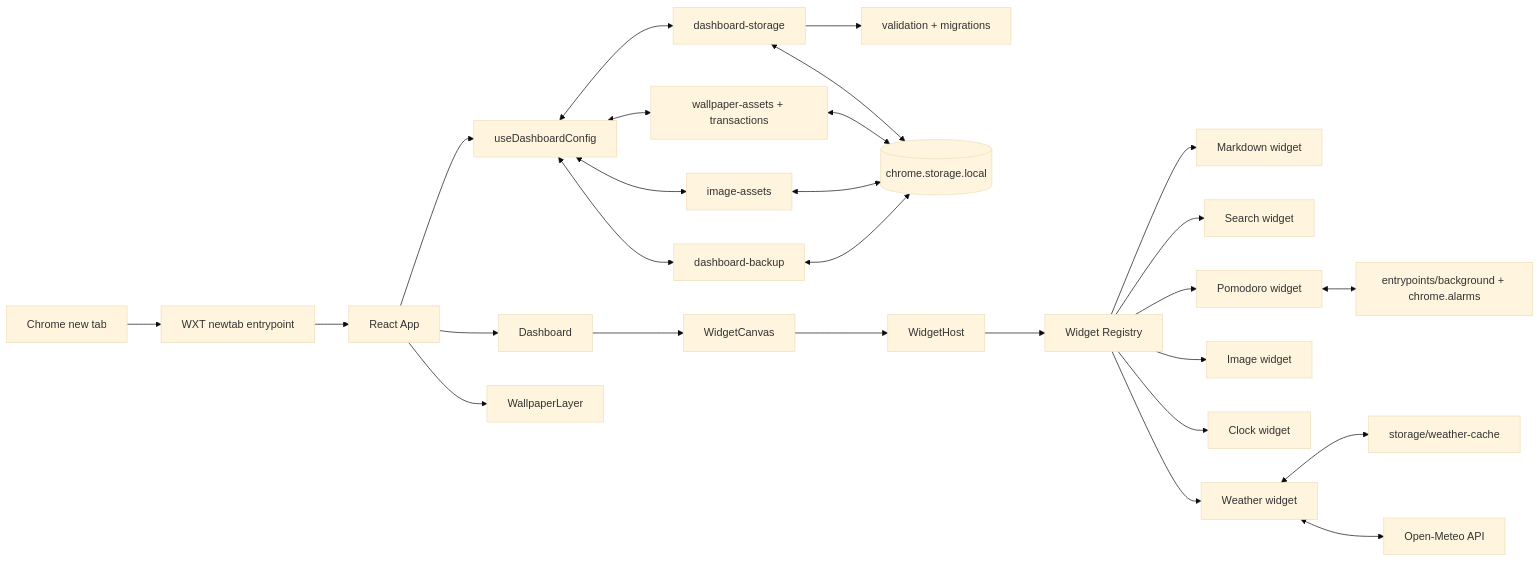
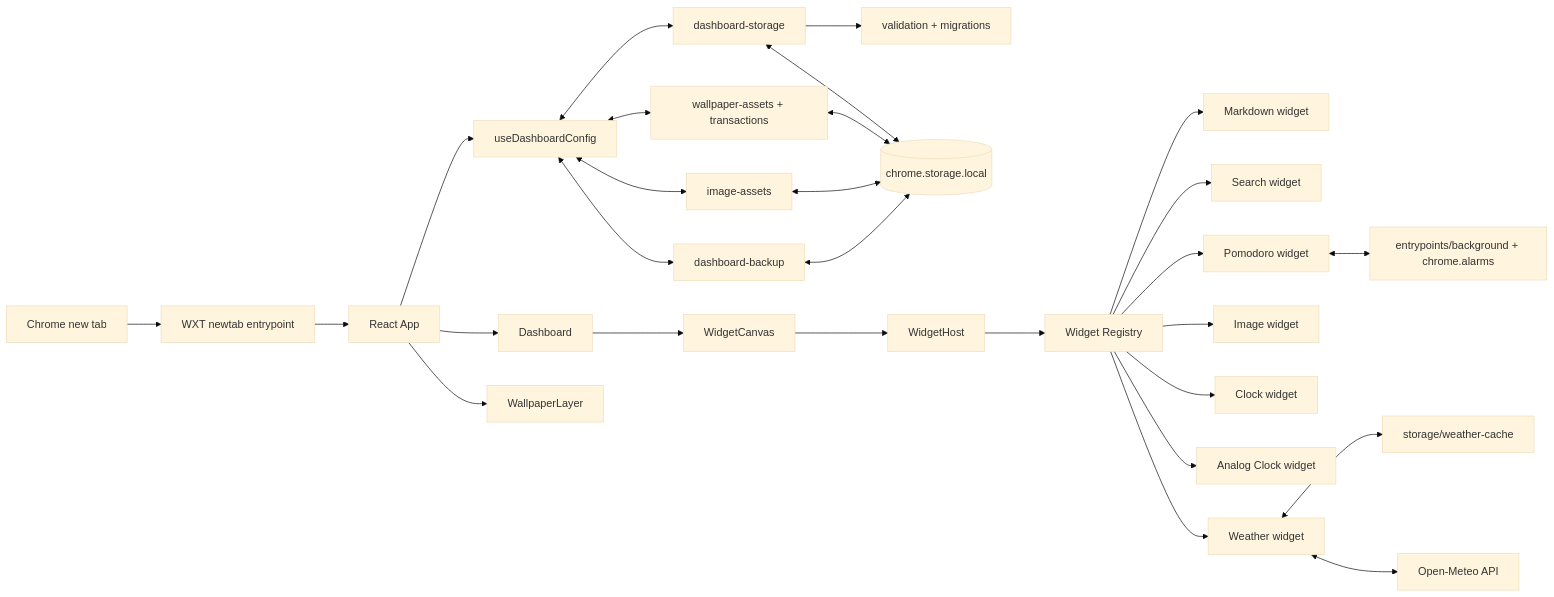
The diagram in docs/ARCHITECTURE.md (a-melchikov/chrome-start-page), drawn with Mermaid (base theme) before and after one commit. The commit also changed other lines of this file and 24 other files, not shown here.

Commit message:
feat(ui): add customizable analog clock widget

````diff
--- a/docs/ARCHITECTURE.md
+++ b/docs/ARCHITECTURE.md
@@ -5,29 +5,30 @@
 ```mermaid
 flowchart LR
   Chrome[Chrome new tab] --> WXT[WXT newtab entrypoint]
   WXT --> App[React App]
   App --> Hook[useDashboardConfig]
   Hook <--> Repo[dashboard-storage]
   Hook <--> WallpaperAssets[wallpaper-assets + transactions]
   Hook <--> ImageAssets[image-assets]
   Hook <--> Backup[dashboard-backup]
   Repo --> Validate[validation + migrations]
   Repo <--> Local[(chrome.storage.local)]
   WallpaperAssets <--> Local
   ImageAssets <--> Local
   Backup <--> Local
   App --> Dashboard
   App --> Wallpaper[WallpaperLayer]
   Dashboard --> Grid[WidgetCanvas]
   Grid --> Host[WidgetHost]
   Host --> Registry[Widget Registry]
   Registry --> Markdown[Markdown widget]
   Registry --> Search[Search widget]
   Registry --> Pomodoro[Pomodoro widget]
   Registry --> Image[Image widget]
   Registry --> Clock[Clock widget]
+  Registry --> AnalogClock[Analog Clock widget]
   Registry --> Weather[Weather widget]
   Weather <--> WeatherCache[storage/weather-cache]
   Weather <--> OpenMeteo[Open-Meteo API]
   Pomodoro <--> Background[entrypoints/background + chrome.alarms]
 ```
````
